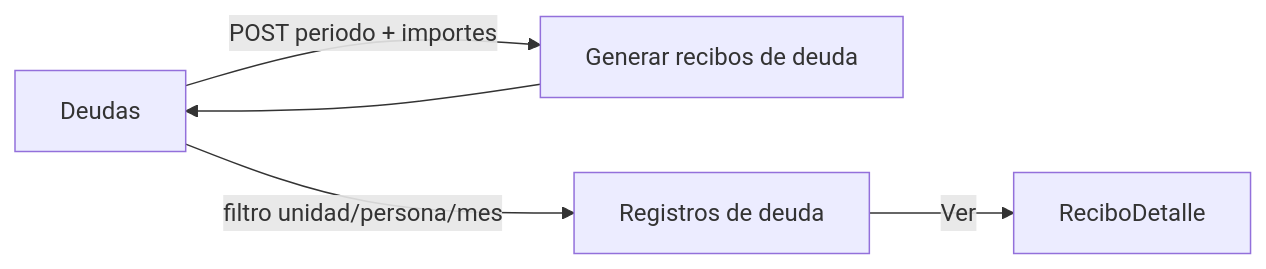
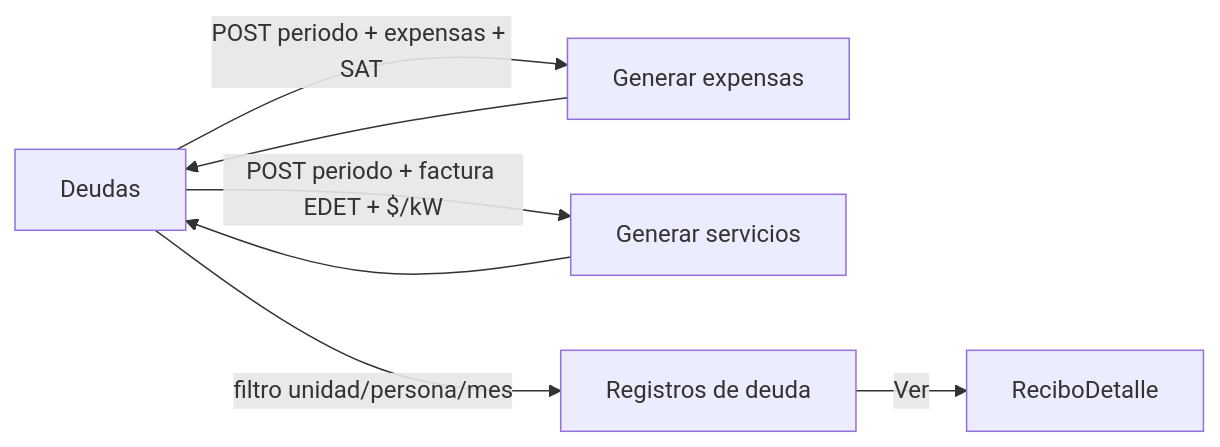
Before and after one commit to dlazarte/recibosGo: the diagram in docs/pantallas/deudas.md, drawn with Mermaid. The commit also changed other lines of this file and 10 other files, not shown here.

Commit message:
feat: generar expensas y servicios (luz EDET)

````diff
--- a/docs/pantallas/deudas.md
+++ b/docs/pantallas/deudas.md
@@ -46,7 +78,9 @@
 ```mermaid
 flowchart LR
-  Deudas -->|POST periodo + importes| Generar[Generar recibos de deuda]
-  Generar --> Deudas
+  Deudas -->|POST periodo + expensas + SAT| GenExp[Generar expensas]
+  Deudas -->|POST periodo + factura EDET + $/kW| GenServ[Generar servicios]
+  GenExp --> Deudas
+  GenServ --> Deudas
   Deudas -->|filtro unidad/persona/mes| Tabla[Registros de deuda]
   Tabla -->|Ver| ReciboDetalle
 ```
````
